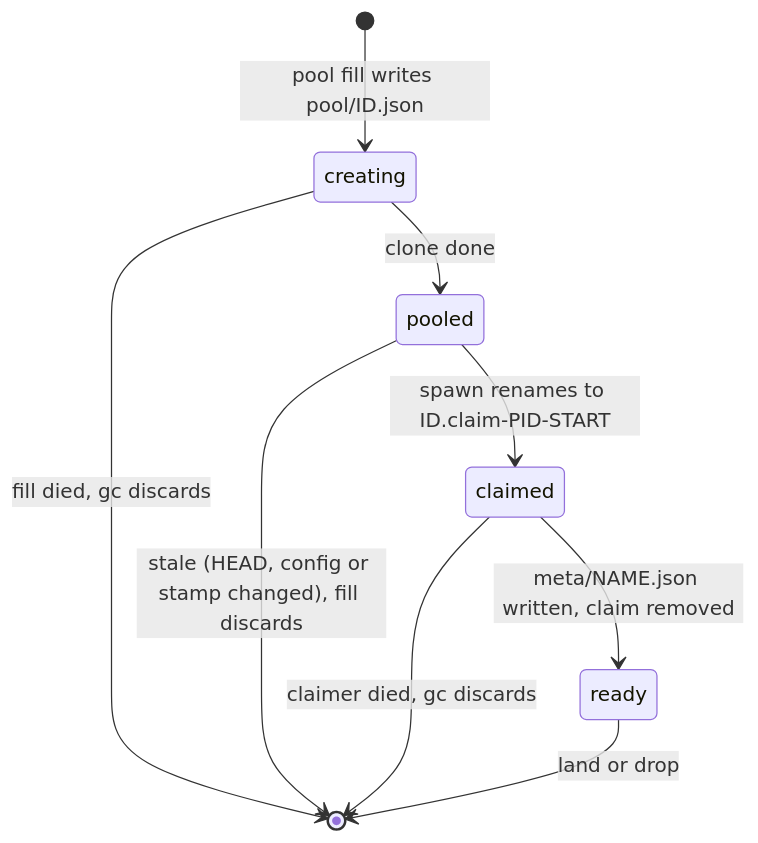
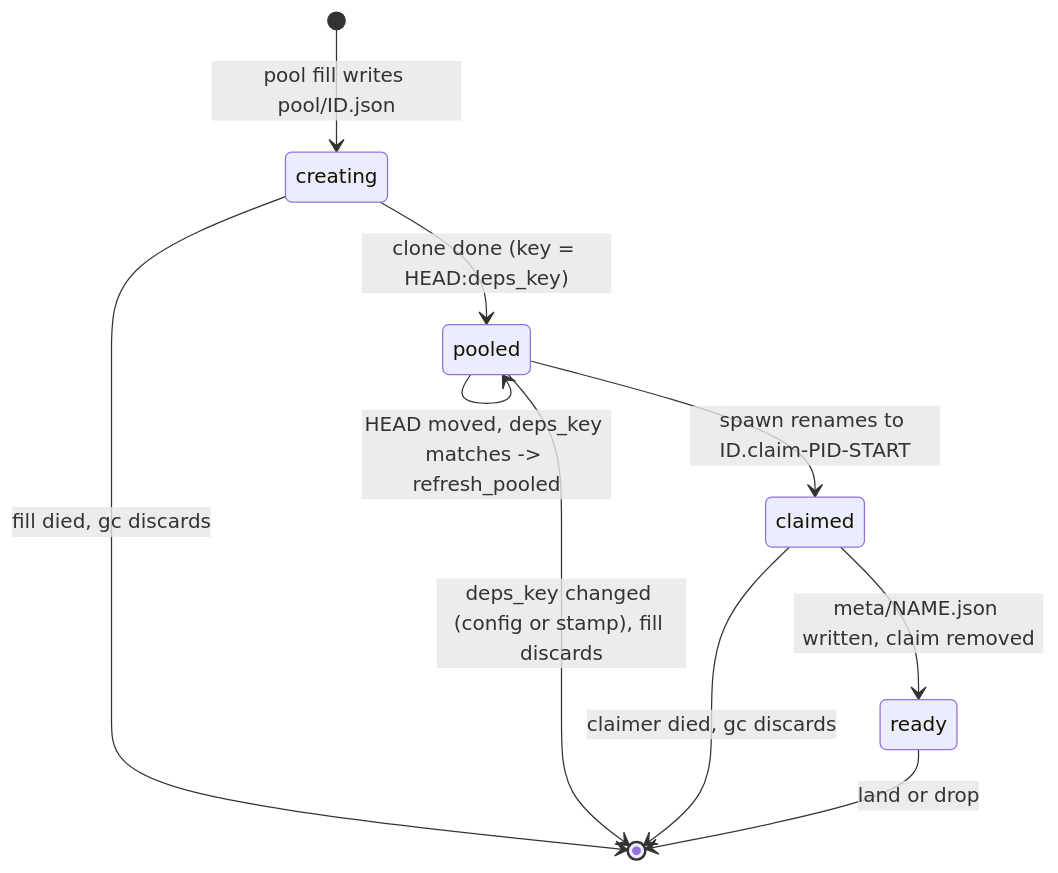
One commit to mendoanjoe/agent-ws changed the third of 4 diagrams in docs/how-it-works.md. Above: the diagram before and after it, drawn with Mermaid. The commit also changed other lines of this file and 4 other files, not shown here.

````diff
--- a/docs/how-it-works.md
+++ b/docs/how-it-works.md
@@ -94,11 +116,12 @@
 ```mermaid
 stateDiagram-v2
     [*] --> creating: pool fill writes pool/ID.json
-    creating --> pooled: clone done
+    creating --> pooled: clone done (key = HEAD:deps_key)
     creating --> [*]: fill died, gc discards
     pooled --> claimed: spawn renames to ID.claim-PID-START
-    pooled --> [*]: stale (HEAD, config or stamp changed), fill discards
+    pooled --> pooled: HEAD moved, deps_key matches -> refresh_pooled
+    pooled --> [*]: deps_key changed (config or stamp), fill discards
     claimed --> ready: meta/NAME.json written, claim removed
     claimed --> [*]: claimer died, gc discards
     ready --> [*]: land or drop
 ```
````
